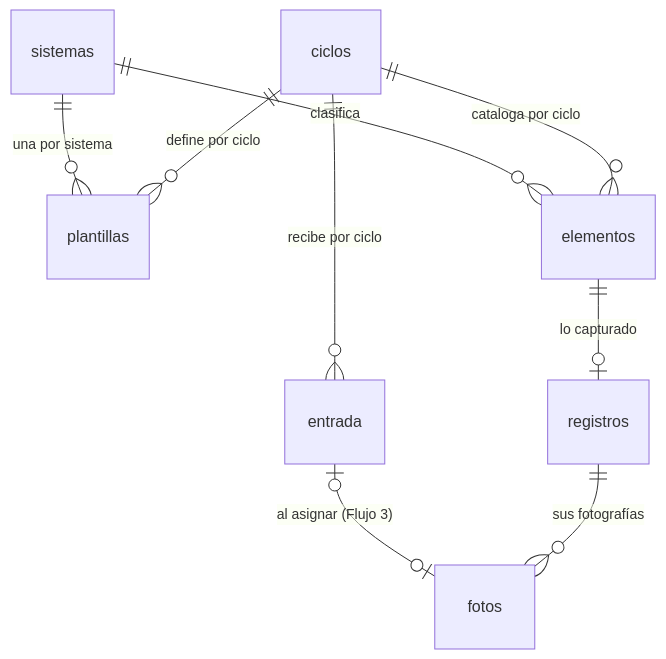
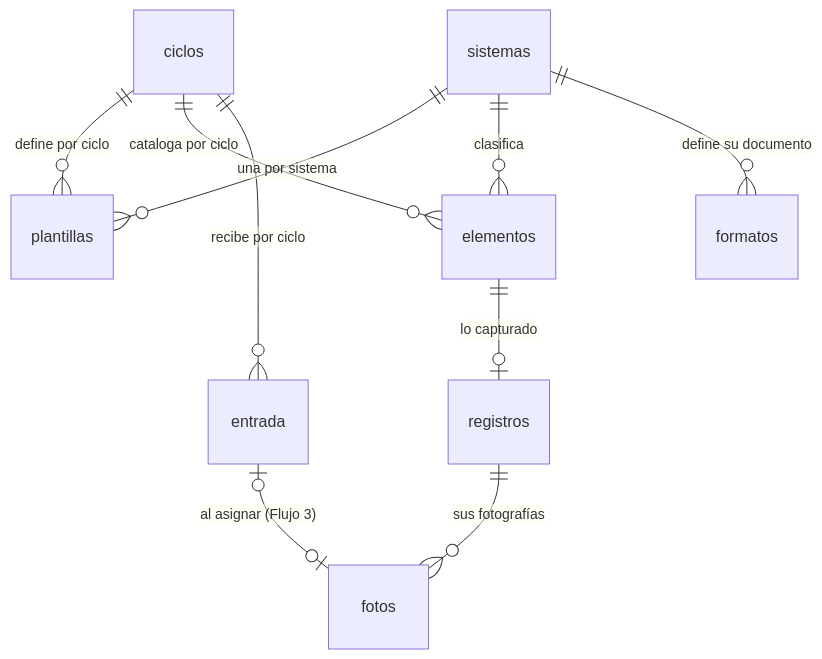
The diagram in docs/modelo-de-datos.md (BenchHPZ/captura-revision-periodica-sci), drawn with Mermaid before and after one commit. The commit also changed other lines of this file and 33 other files, not shown here.

````diff
--- a/docs/modelo-de-datos.md
+++ b/docs/modelo-de-datos.md
@@ -10,11 +10,12 @@
 ```mermaid
 erDiagram
     ciclos ||--o{ plantillas : "define por ciclo"
     ciclos ||--o{ elementos : "cataloga por ciclo"
     ciclos ||--o{ entrada : "recibe por ciclo"
     sistemas ||--o{ plantillas : "una por sistema"
     sistemas ||--o{ elementos : "clasifica"
+    sistemas ||--o{ formatos : "define su documento"
     elementos ||--o| registros : "lo capturado"
     registros ||--o{ fotos : "sus fotografías"
     entrada |o--o| fotos : "al asignar (Flujo 3)"
 ```
````
